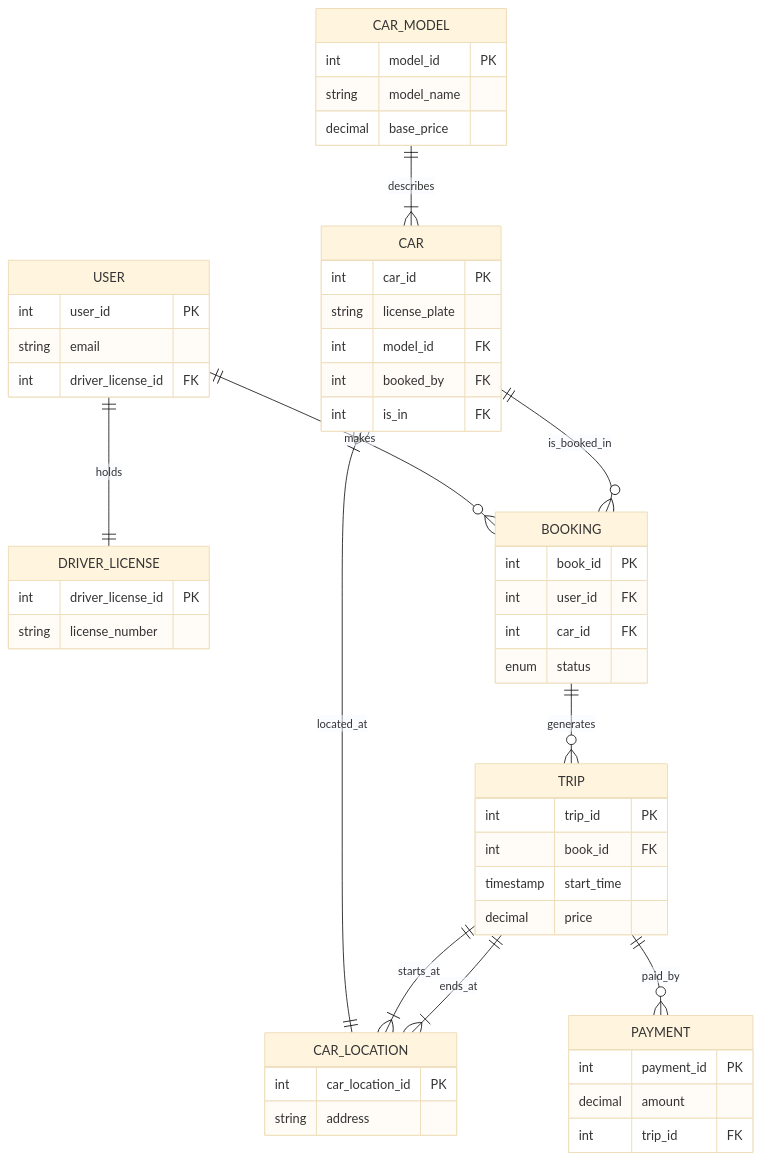
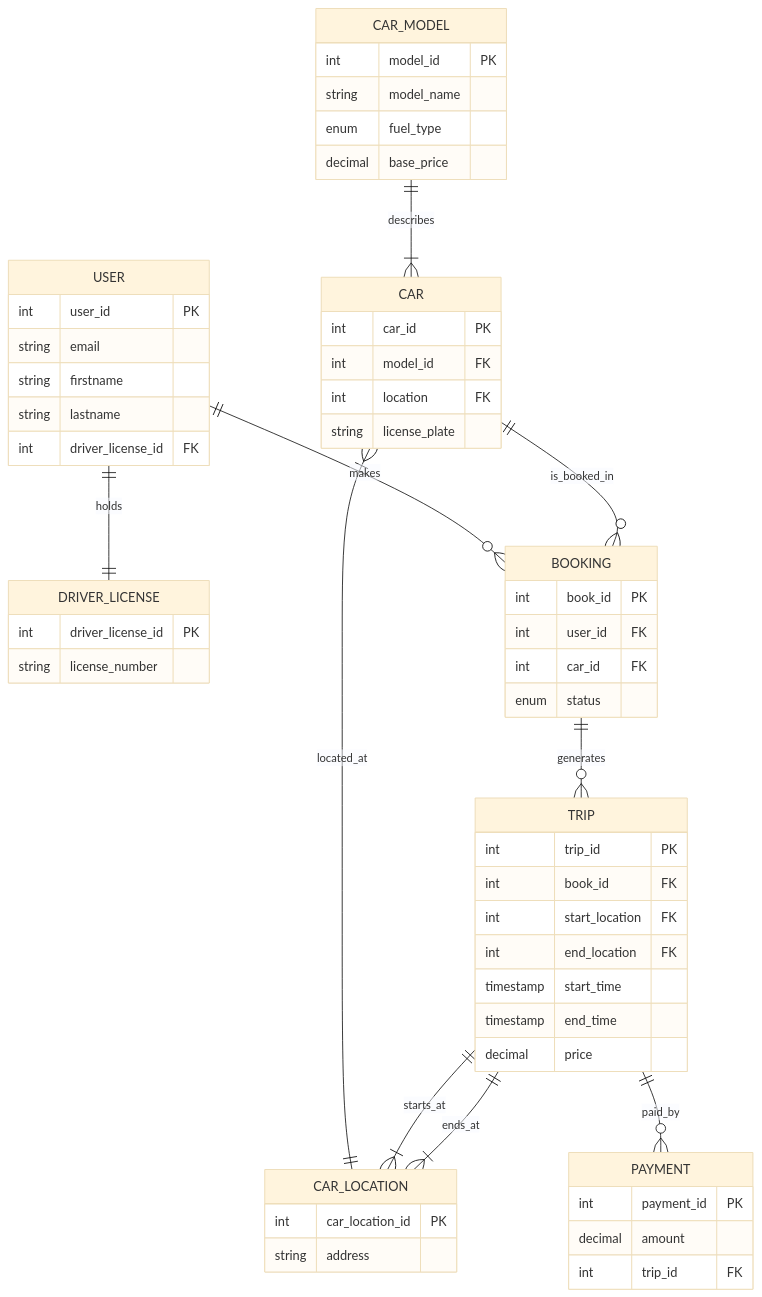
Before and after one commit to Maks9m/BD_Labs: the second of 2 diagrams in Lab5/README.md, drawn with Mermaid (base theme). The commit also changed 1 other file, not shown here.

Commit message:
feat: finished normalization for Trip and Car tables

````diff
--- a/Lab5/README.md
+++ b/Lab5/README.md
@@ -74,57 +74,62 @@
 ```mermaid
 erDiagram
     DRIVER_LICENSE {
         int driver_license_id PK
         string license_number
     }
     USER {
         int user_id PK
         string email
+        string firstname
+        string lastname
         int driver_license_id FK
     }
     CAR_LOCATION {
         int car_location_id PK
         string address
     }
     CAR_MODEL {
         int model_id PK
         string model_name
+        enum fuel_type
         decimal base_price
     }
     CAR {
         int car_id PK
+        int model_id FK
+        int location FK
         string license_plate
-        int model_id FK
-        int booked_by FK
-        int is_in FK
     }
     BOOKING {
         int book_id PK
         int user_id FK
         int car_id FK
         enum status
     }
     TRIP {
         int trip_id PK
         int book_id FK
+        int start_location FK
+        int end_location FK
         timestamp start_time
-        decimal price
+        timestamp end_time
+        decimal price        
     }
     PAYMENT {
         int payment_id PK
         decimal amount
         int trip_id FK
     }
 
     USER ||--|| DRIVER_LICENSE : holds
     USER ||--o{ BOOKING : makes
     CAR_MODEL ||--|{ CAR : describes
     CAR ||--o{ BOOKING : is_booked_in
     CAR }|--|| CAR_LOCATION : located_at
     
     BOOKING ||--o{ TRIP : generates
     
     TRIP ||--|{ CAR_LOCATION : starts_at
     TRIP ||--|{ CAR_LOCATION : ends_at
     TRIP ||--o{ PAYMENT : paid_by
 ```
````
